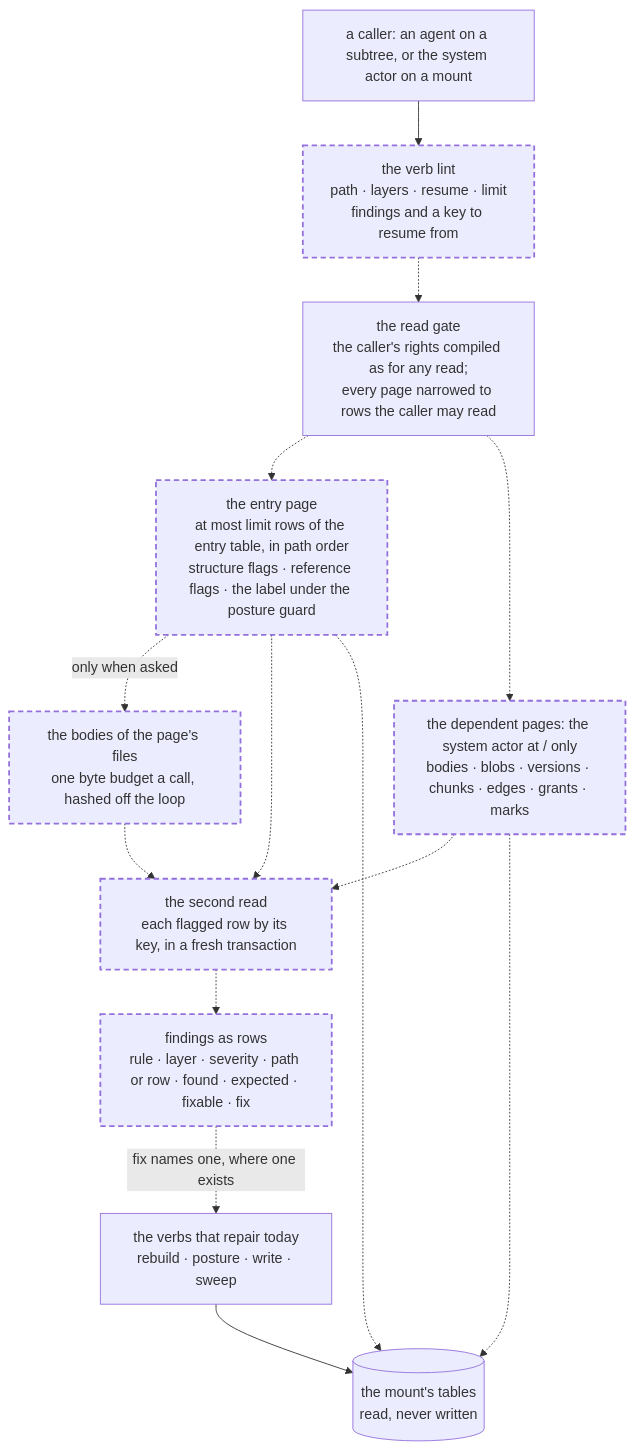
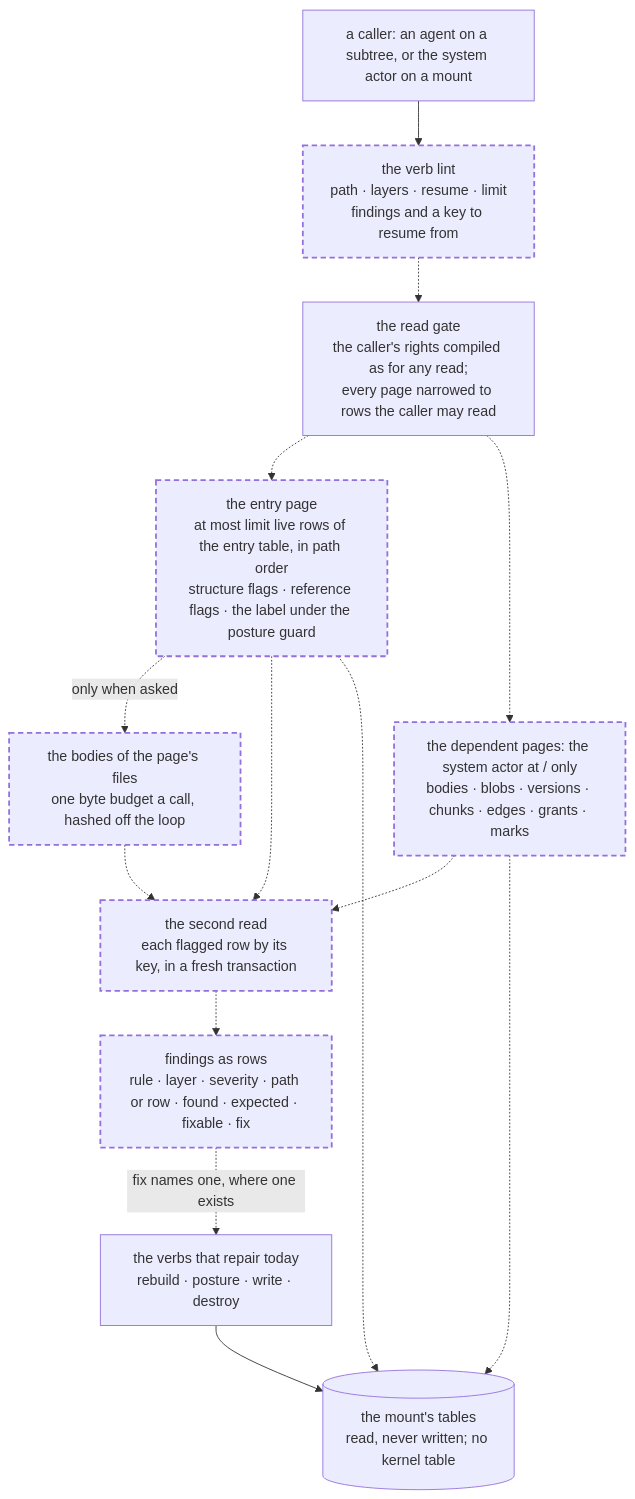
One commit to ClayGendron/vfs changed the diagram in context/specifications/active/2026-11-15-lint-finds-what-is-broken-in-a-mount-and-changes-nothing.md. Above: the diagram before and after it, drawn with Mermaid. The commit also changed other lines of this file and 29 other files, not shown here.

````diff
--- a/context/specifications/active/2026-11-15-lint-finds-what-is-broken-in-a-mount-and-changes-nothing.md
+++ b/context/specifications/active/2026-11-15-lint-finds-what-is-broken-in-a-mount-and-changes-nothing.md
@@ -21,28 +23,28 @@
 ```mermaid
 flowchart TD
   classDef planned stroke-dasharray: 6 4,stroke-width:2px;
   CALLER["a caller: an agent on a subtree, or the system actor on a mount"]
   LINT["the verb lint<br/>path · layers · resume · limit<br/>findings and a key to resume from"]
   GATE["the read gate<br/>the caller's rights compiled as for any read;<br/>every page narrowed to rows the caller may read"]
-  ENTRY["the entry page<br/>at most limit rows of the entry table, in path order<br/>structure flags · reference flags · the label under the posture guard"]
+  ENTRY["the entry page<br/>at most limit live rows of the entry table, in path order<br/>structure flags · reference flags · the label under the posture guard"]
   BYTES["the bodies of the page's files<br/>one byte budget a call, hashed off the loop"]
   OWN["the dependent pages: the system actor at / only<br/>bodies · blobs · versions · chunks · edges · grants · marks"]
   AGAIN["the second read<br/>each flagged row by its key, in a fresh transaction"]
   FIND["findings as rows<br/>rule · layer · severity · path or row · found · expected · fixable · fix"]
-  TABLES[("the mount's tables<br/>read, never written")]
-  REPAIRERS["the verbs that repair today<br/>rebuild · posture · write · sweep"]
+  TABLES[("the mount's tables<br/>read, never written; no kernel table")]
+  REPAIRERS["the verbs that repair today<br/>rebuild · posture · write · destroy"]
   CALLER --> LINT
   LINT -.-> GATE
   GATE -.-> ENTRY
   GATE -.-> OWN
   ENTRY -. "only when asked" .-> BYTES
   ENTRY -.-> AGAIN
   BYTES -.-> AGAIN
   OWN -.-> AGAIN
   AGAIN -.-> FIND
   ENTRY -.-> TABLES
   OWN -.-> TABLES
   FIND -. "fix names one, where one exists" .-> REPAIRERS
   REPAIRERS --> TABLES
   class LINT,ENTRY,BYTES,OWN,AGAIN,FIND planned
 ```
````
